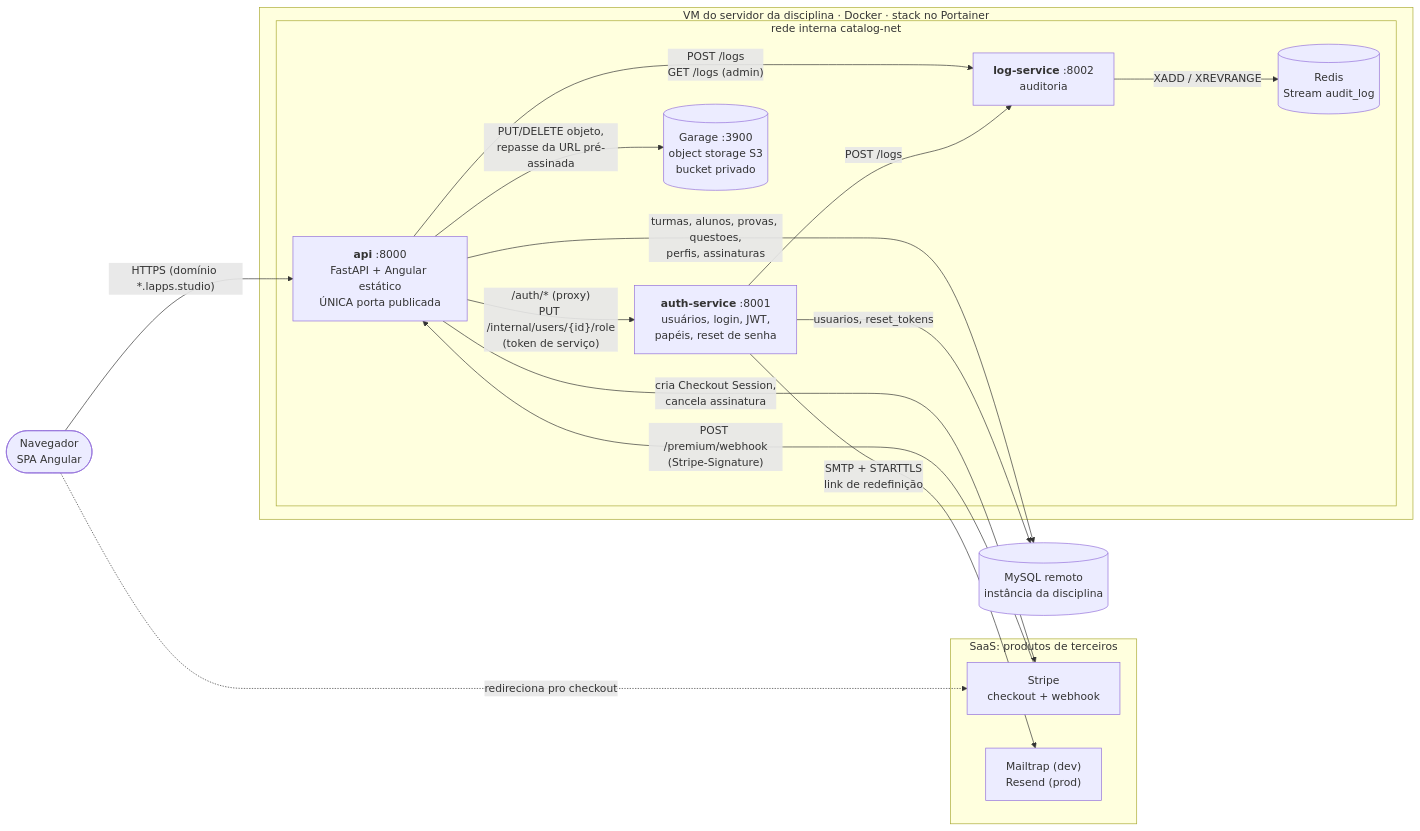
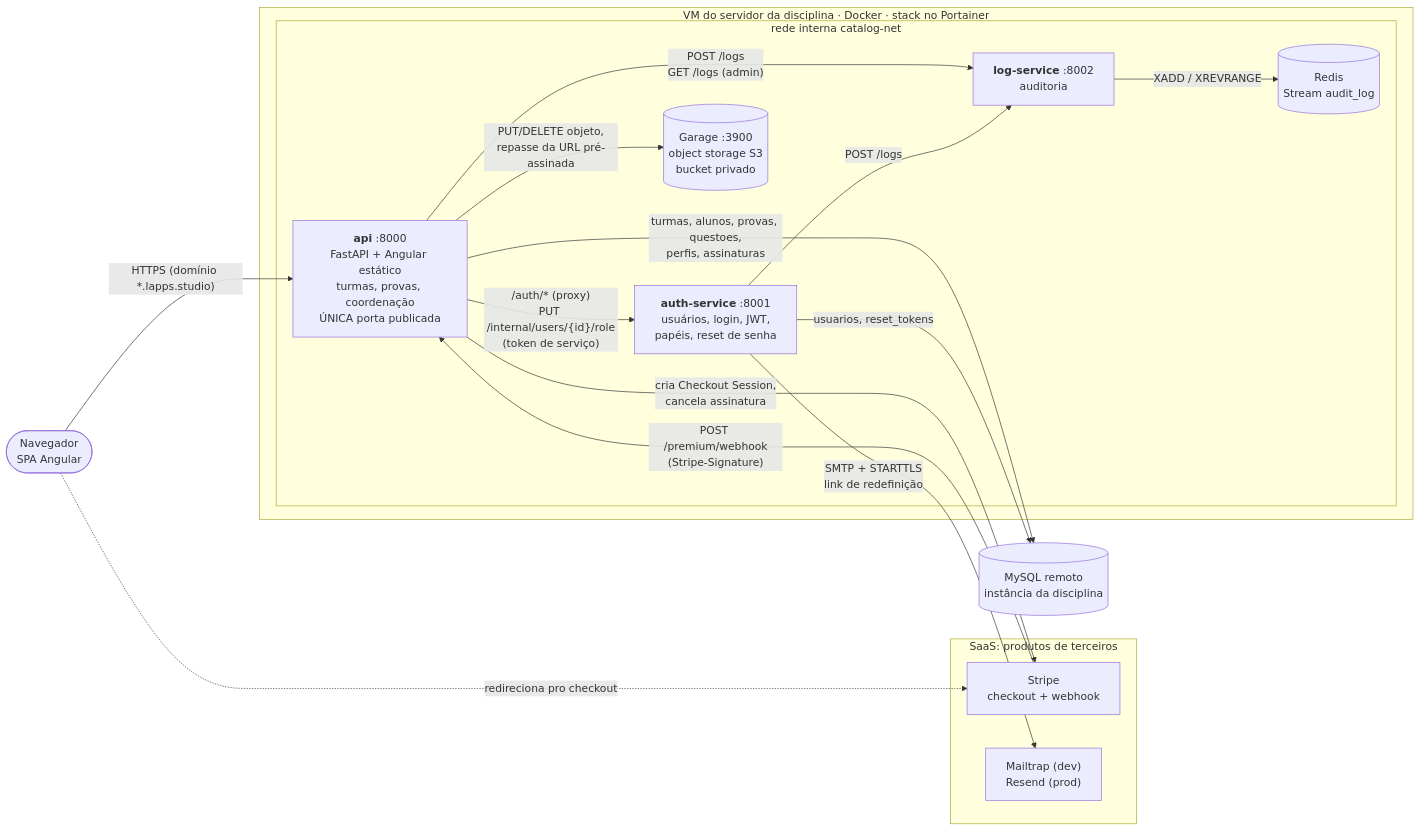
One commit to leonardoricci-tsi/ProvaPronta changed the first of 2 diagrams in DOCUMENTACAO.md. Above: the diagram before and after it, drawn with Mermaid. The commit also changed other lines of this file and 29 other files, not shown here.

````diff
--- a/DOCUMENTACAO.md
+++ b/DOCUMENTACAO.md
@@ -71,36 +74,36 @@
 ```mermaid
 flowchart LR
     U(["Navegador<br/>SPA Angular"])
 
     subgraph SaaS["SaaS: produtos de terceiros"]
         STRIPE["Stripe<br/>checkout + webhook"]
         SMTP["Mailtrap (dev)<br/>Resend (prod)"]
     end
 
     subgraph VM["VM do servidor da disciplina · Docker · stack no Portainer"]
         subgraph NET["rede interna catalog-net"]
-            API["<b>api</b> :8000<br/>FastAPI + Angular estático<br/>ÚNICA porta publicada"]
+            API["<b>api</b> :8000<br/>FastAPI + Angular estático<br/>turmas, provas, coordenação<br/>ÚNICA porta publicada"]
             AUTH["<b>auth-service</b> :8001<br/>usuários, login, JWT,<br/>papéis, reset de senha"]
             LOG["<b>log-service</b> :8002<br/>auditoria"]
             REDIS[("Redis<br/>Stream audit_log")]
             GARAGE[("Garage :3900<br/>object storage S3<br/>bucket privado")]
         end
     end
 
     MYSQL[("MySQL remoto<br/>instância da disciplina")]
 
     U -- "HTTPS (domínio *.lapps.studio)" --> API
     U -. "redireciona pro checkout" .-> STRIPE
     STRIPE -- "POST /premium/webhook<br/>(Stripe-Signature)" --> API
     API -- "cria Checkout Session,<br/>cancela assinatura" --> STRIPE
 
     API -- "/auth/* (proxy)<br/>PUT /internal/users/{id}/role<br/>(token de serviço)" --> AUTH
     API -- "POST /logs<br/>GET /logs (admin)" --> LOG
     AUTH -- "POST /logs" --> LOG
     LOG -- "XADD / XREVRANGE" --> REDIS
     API -- "PUT/DELETE objeto,<br/>repasse da URL pré-assinada" --> GARAGE
     AUTH -- "SMTP + STARTTLS<br/>link de redefinição" --> SMTP
 
     API -- "turmas, alunos, provas, questoes,<br/>perfis, assinaturas" --> MYSQL
     AUTH -- "usuarios, reset_tokens" --> MYSQL
 ```
````
